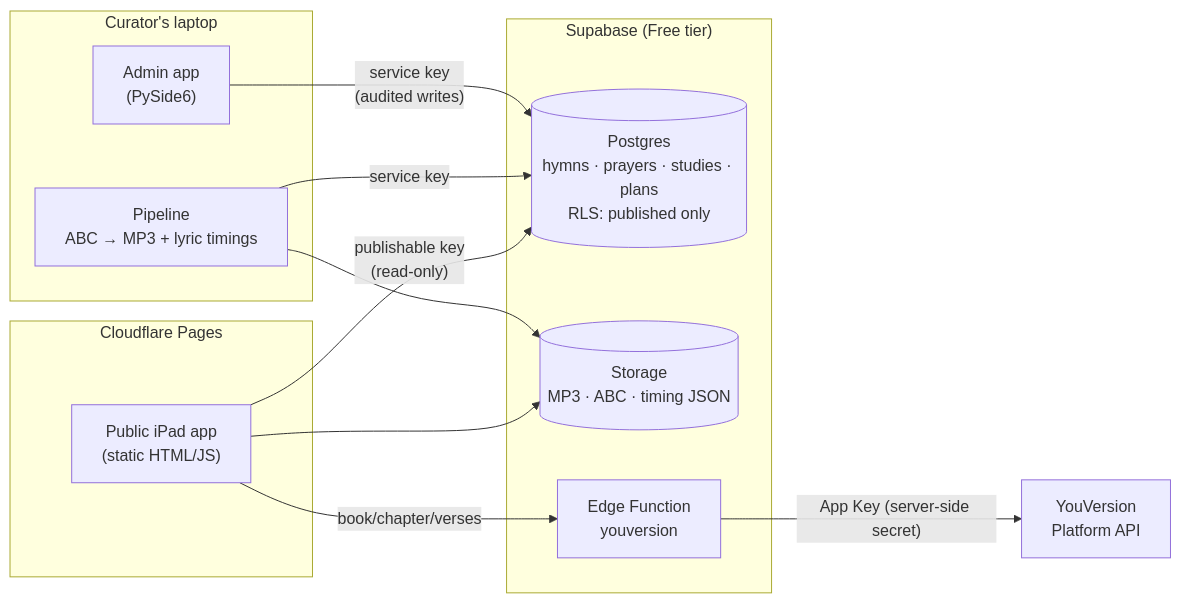
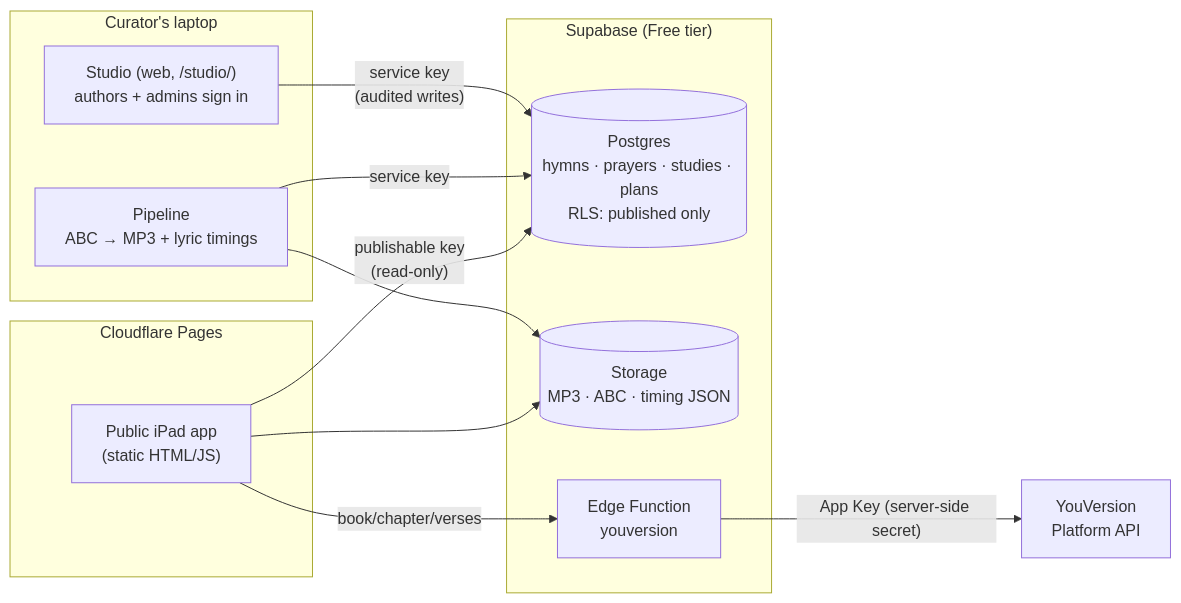
One commit to JohnPClark27/evergreen changed the diagram in README.md. Above: the diagram before and after it, drawn with Mermaid. The commit also changed other lines of this file and 35 other files, not shown here.

First line of the commit message:
studio: retire the Python admin app; docs and tests for modules + Studio

````diff
--- a/README.md
+++ b/README.md
@@ -55,23 +71,23 @@
 ```mermaid
 flowchart LR
   subgraph Laptop["Curator's laptop"]
-    A["Admin app<br/>(PySide6)"]
+    A["Studio (web, /studio/)<br/>authors + admins sign in"]
     P["Pipeline<br/>ABC → MP3 + lyric timings"]
   end
   subgraph Supabase["Supabase (Free tier)"]
     DB[("Postgres<br/>hymns · prayers · studies · plans<br/>RLS: published only")]
     ST[("Storage<br/>MP3 · ABC · timing JSON")]
     EF["Edge Function<br/>youversion"]
   end
   YV["YouVersion<br/>Platform API"]
   subgraph Pages["Cloudflare Pages"]
     W["Public iPad app<br/>(static HTML/JS)"]
   end
   A -- "service key<br/>(audited writes)" --> DB
   P -- "service key" --> DB
   P --> ST
   W -- "publishable key<br/>(read-only)" --> DB
   W --> ST
   W -- "book/chapter/verses" --> EF
   EF -- "App Key (server-side secret)" --> YV
 ```
````
